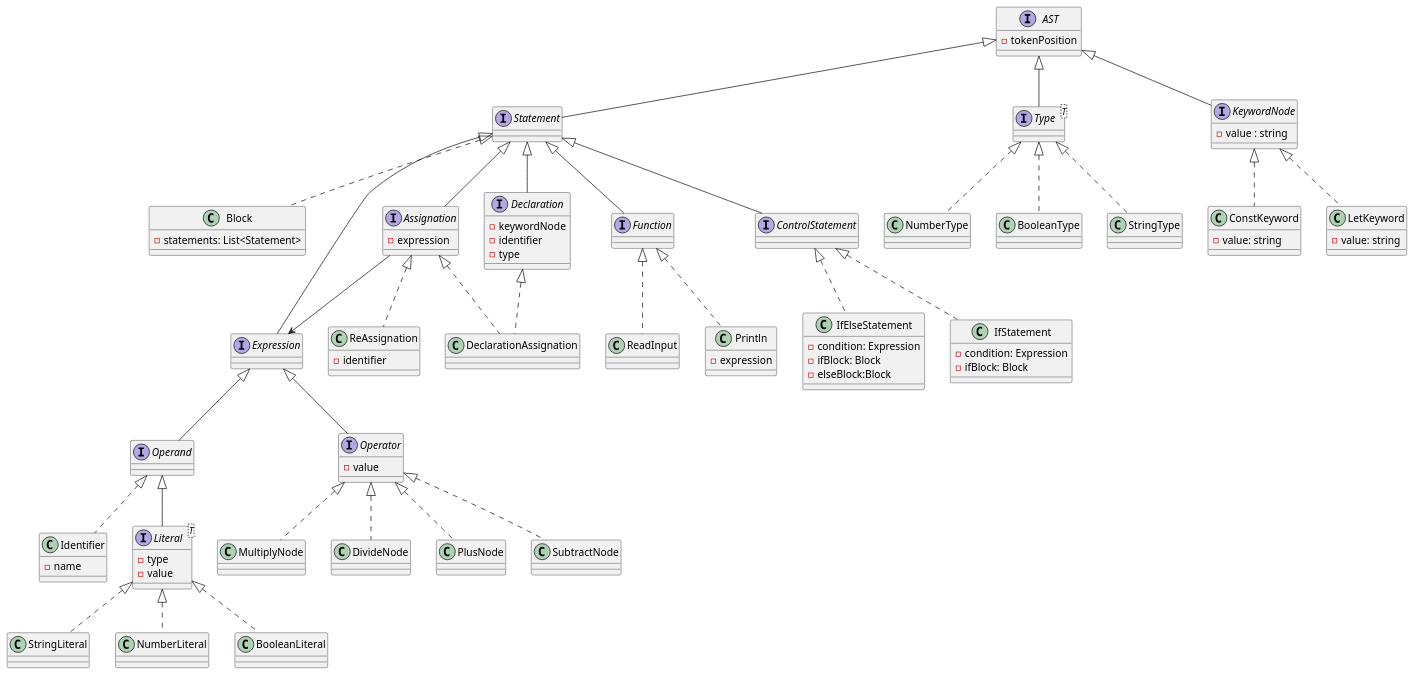
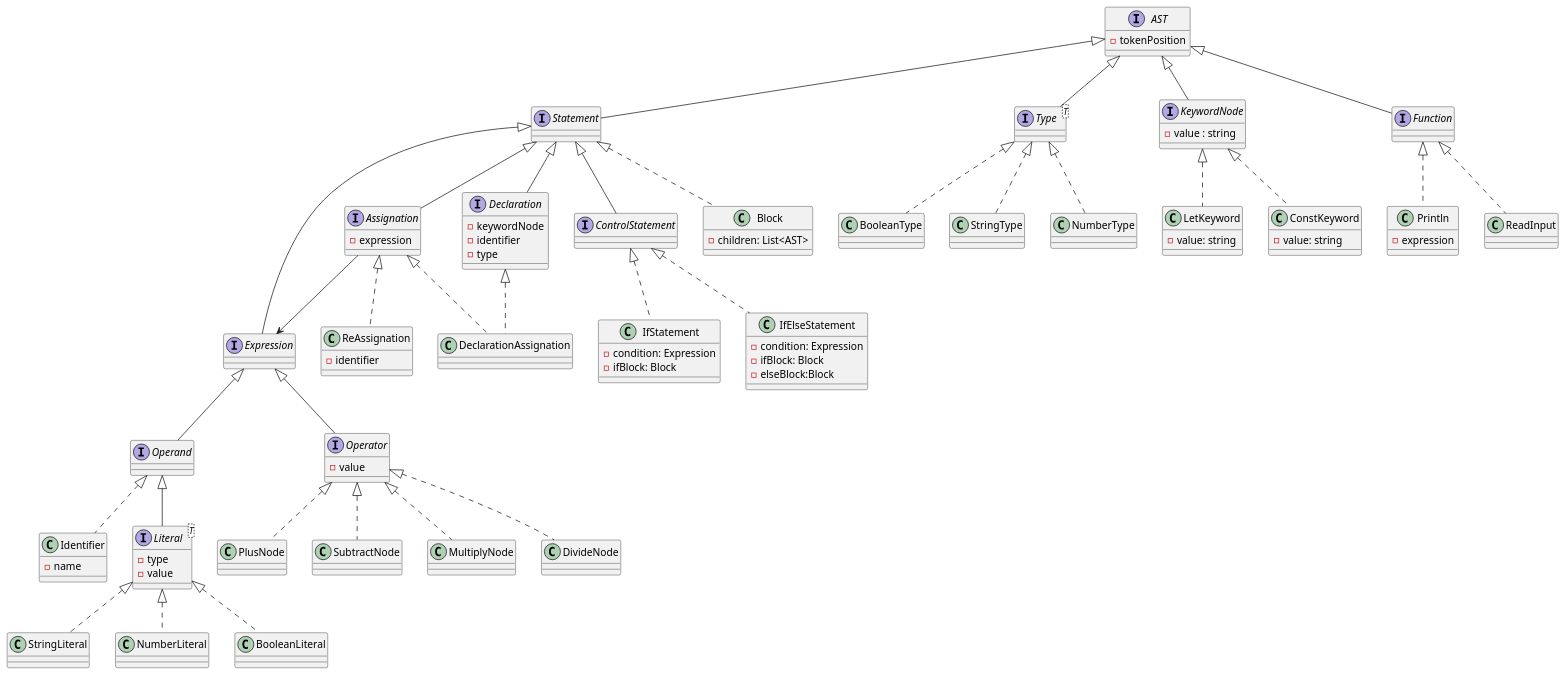
Before and after one commit to Chanflito/PrintScript: the diagram in diagrams/ast.puml, drawn with PlantUML. The commit also changed 5 other files, not shown here.

```diff
--- a/diagrams/ast.puml
+++ b/diagrams/ast.puml
@@ -1,104 +1,104 @@
 @startuml
 interface AST{
     -tokenPosition
 }
 interface Expression implements Statement{
 }
 
 class Identifier implements Operand{
     -name
 }
 
 interface Statement implements AST{
 
 }
 
 interface Type <T> implements AST{
 }
 
 interface Literal<T> implements Operand{
     -type
     -value
 }
 
 class StringLiteral implements Literal
 class NumberLiteral implements Literal
 class BooleanLiteral implements Literal
 
 interface KeywordNode implements AST {
     -value : string
 }
 
 class LetKeyword implements KeywordNode{
     -value: string
 }
 
 class ConstKeyword implements KeywordNode{
     -value: string
 }
 
 
 interface Declaration implements Statement{
     -keywordNode
     -identifier
     -type
 }
 
 interface Assignation implements Statement {
     -expression
 }
 
 class ReAssignation implements Assignation{
     -identifier
 }
 class DeclarationAssignation implements Assignation, Declaration{
 
 }
 
 
 interface Operator implements Expression{
     -value
 }
 interface Operand implements Expression{
 }
 
 
-interface Function implements Statement
+interface Function implements AST
 
 
 class PlusNode implements Operator
 class SubtractNode implements Operator
 class MultiplyNode implements Operator
 class DivideNode implements Operator
 
 
 class BooleanType implements Type
 class StringType implements Type
 class NumberType implements Type
 
 class Println implements Function{
     -expression
 }
 
 class ReadInput implements Function
 
 interface ControlStatement implements Statement{}
 
 class IfStatement implements ControlStatement{
     -condition: Expression
     -ifBlock: Block
 
 }
 
 class IfElseStatement implements ControlStatement{
     -condition: Expression
     -ifBlock: Block
     -elseBlock:Block
 }
 
 class Block implements Statement{
-    -statements: List<Statement>
+    -children: List<AST>
     }
 
 Assignation --> Expression
 @enduml
```
